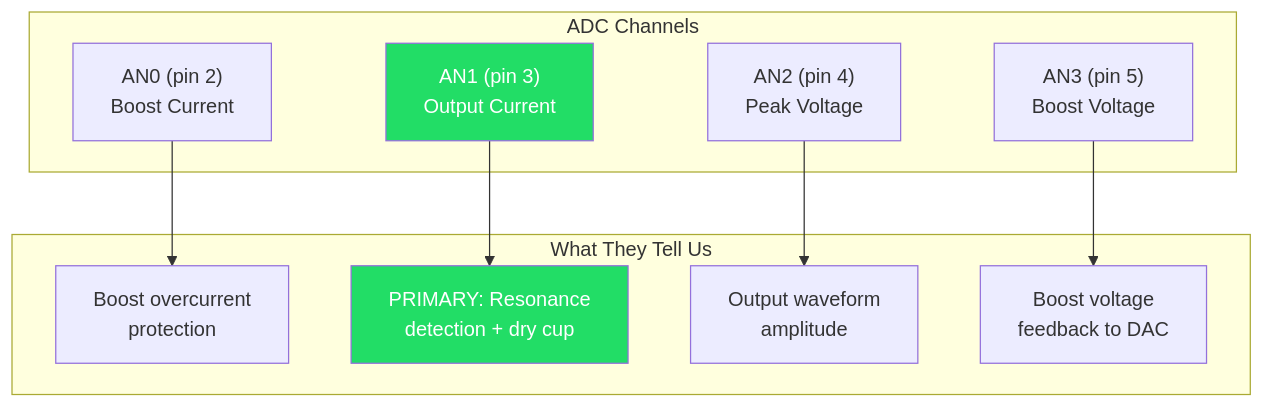
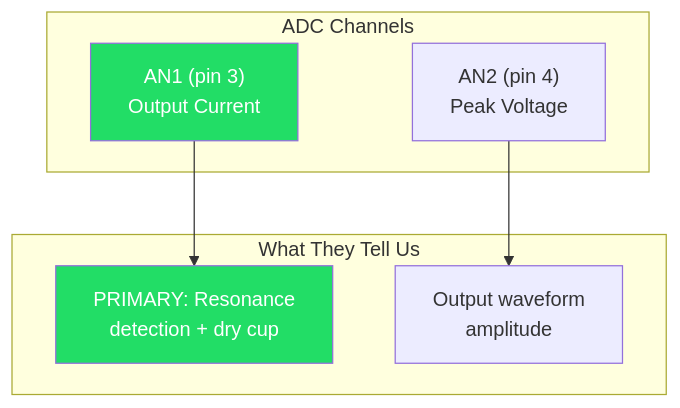
One commit to dmchaledev/VibratingMeshNebulizerController changed the seventh of 8 diagrams in docs/DIAGRAMS.md. Above: the diagram before and after it, drawn with Mermaid. The commit also changed other lines of this file and 10 other files, not shown here.

````diff
--- a/docs/DIAGRAMS.md
+++ b/docs/DIAGRAMS.md
@@ -214,24 +188,18 @@
 ```mermaid
 flowchart TD
     subgraph SIGNALS ["ADC Channels"]
-        AN0["AN0 (pin 2)\nBoost Current"]
         AN1["AN1 (pin 3)\nOutput Current"]
         AN2["AN2 (pin 4)\nPeak Voltage"]
-        AN3["AN3 (pin 5)\nBoost Voltage"]
     end
 
     subgraph USAGE ["What They Tell Us"]
-        U0["Boost overcurrent\nprotection"]
         U1["PRIMARY: Resonance\ndetection + dry cup"]
         U2["Output waveform\namplitude"]
-        U3["Boost voltage\nfeedback to DAC"]
     end
 
-    AN0 --> U0
     AN1 --> U1
     AN2 --> U2
-    AN3 --> U3
 
     style AN1 fill:#2d6,color:#fff
     style U1 fill:#2d6,color:#fff
 ```
````
